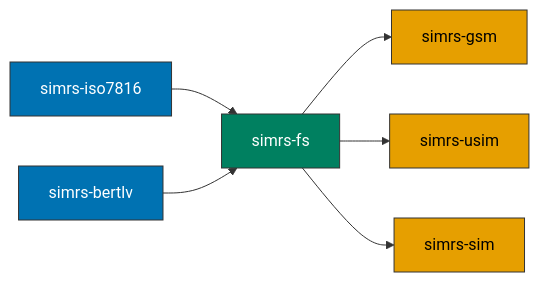
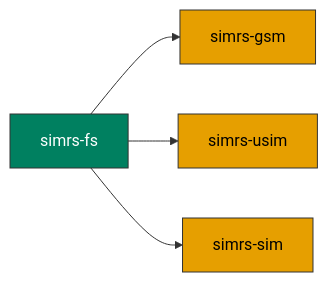
The diagram in crates/simrs-fs/README.md (jaesharp/simrs), drawn with Mermaid before and after one commit. The commit also changed other lines of this file and 25 other files, not shown here.

````diff
--- a/crates/simrs-fs/README.md
+++ b/crates/simrs-fs/README.md
@@ -7,15 +7,11 @@
 ```mermaid
 graph LR
-    ISO["simrs-iso7816"] --> FS["simrs-fs"]
-    BER["simrs-bertlv"] --> FS
-    FS --> GSM["simrs-gsm"]
+    FS["simrs-fs"] --> GSM["simrs-gsm"]
     FS --> USIM["simrs-usim"]
     FS --> SIM["simrs-sim"]
 
-    style ISO fill:#0072B2,stroke:#333,color:#fff
-    style BER fill:#0072B2,stroke:#333,color:#fff
     style FS fill:#008060,stroke:#333,color:#fff
     style GSM fill:#E69F00,stroke:#333,color:#000
     style USIM fill:#E69F00,stroke:#333,color:#000
     style SIM fill:#E69F00,stroke:#333,color:#000
 ```
````
